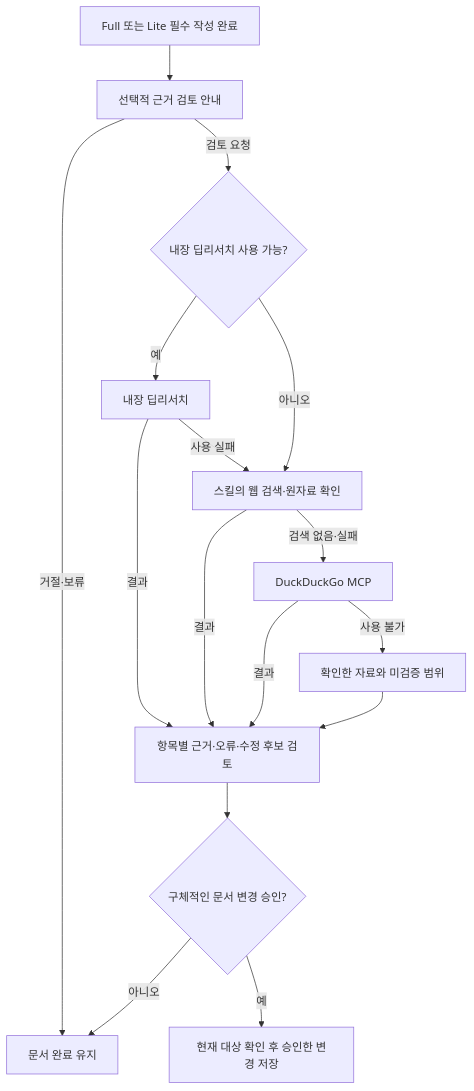
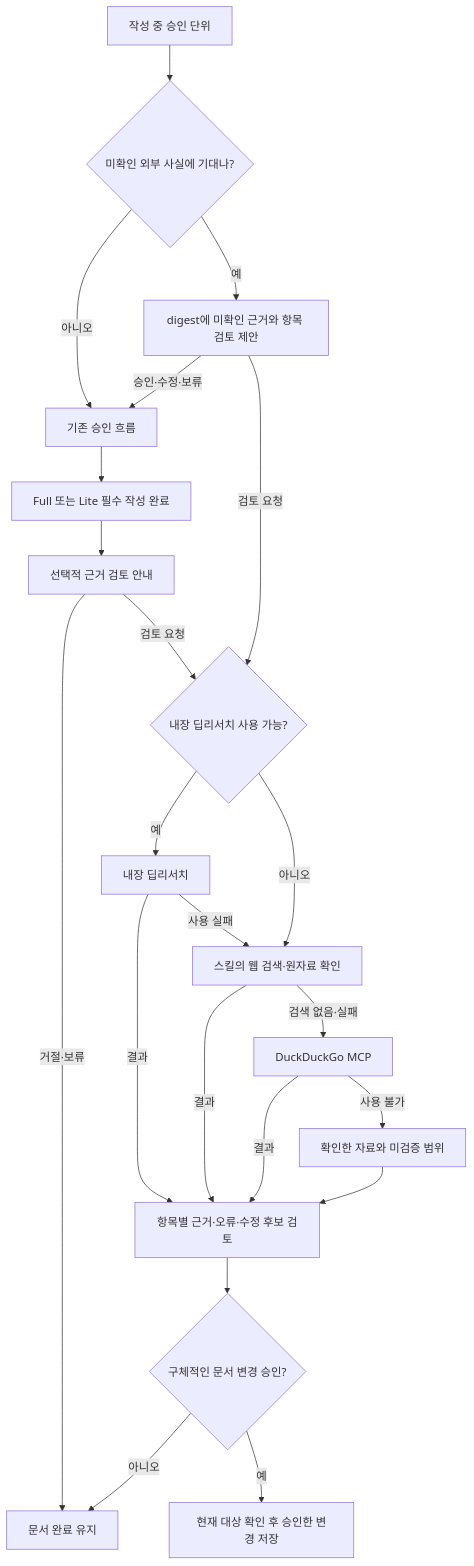
One commit to haandol/alps-writer-plugins changed the diagram in docs/adr/alps-authoring/evidence-research/0001-research-evidence-and-review-alps-items.md. Above: the diagram before and after it, drawn with Mermaid. The commit also changed other lines of this file and 29 other files, not shown here.

````diff
--- a/docs/adr/alps-authoring/evidence-research/0001-research-evidence-and-review-alps-items.md
+++ b/docs/adr/alps-authoring/evidence-research/0001-research-evidence-and-review-alps-items.md
@@ -39,18 +46,24 @@
 ```mermaid
 flowchart TD
+    Unit["작성 중 승인 단위"] --> Fact{"미확인 외부 사실에 기대나?"}
+    Fact -->|아니오| Approve["기존 승인 흐름"]
+    Fact -->|예| Flag["digest에 미확인 근거와 항목 검토 제안"]
+    Flag -->|승인·수정·보류| Approve
+    Flag -->|검토 요청| Native
+    Approve --> Done
     Done["Full 또는 Lite 필수 작성 완료"] --> Offer["선택적 근거 검토 안내"]
     Offer -->|거절·보류| Keep["문서 완료 유지"]
     Offer -->|검토 요청| Native{"내장 딥리서치 사용 가능?"}
     Native -->|예| Research["내장 딥리서치"]
     Native -->|아니오| Search["스킬의 웹 검색·원자료 확인"]
     Research -->|결과| Review["항목별 근거·오류·수정 후보 검토"]
     Research -->|사용 실패| Search
     Search -->|결과| Review
     Search -->|검색 없음·실패| DDG["DuckDuckGo MCP"]
     DDG -->|결과| Review
     DDG -->|사용 불가| Partial["확인한 자료와 미검증 범위"]
     Partial --> Review
     Review --> Choice{"구체적인 문서 변경 승인?"}
     Choice -->|아니오| Keep
     Choice -->|예| Apply["현재 대상 확인 후 승인한 변경 저장"]
 ```
````
